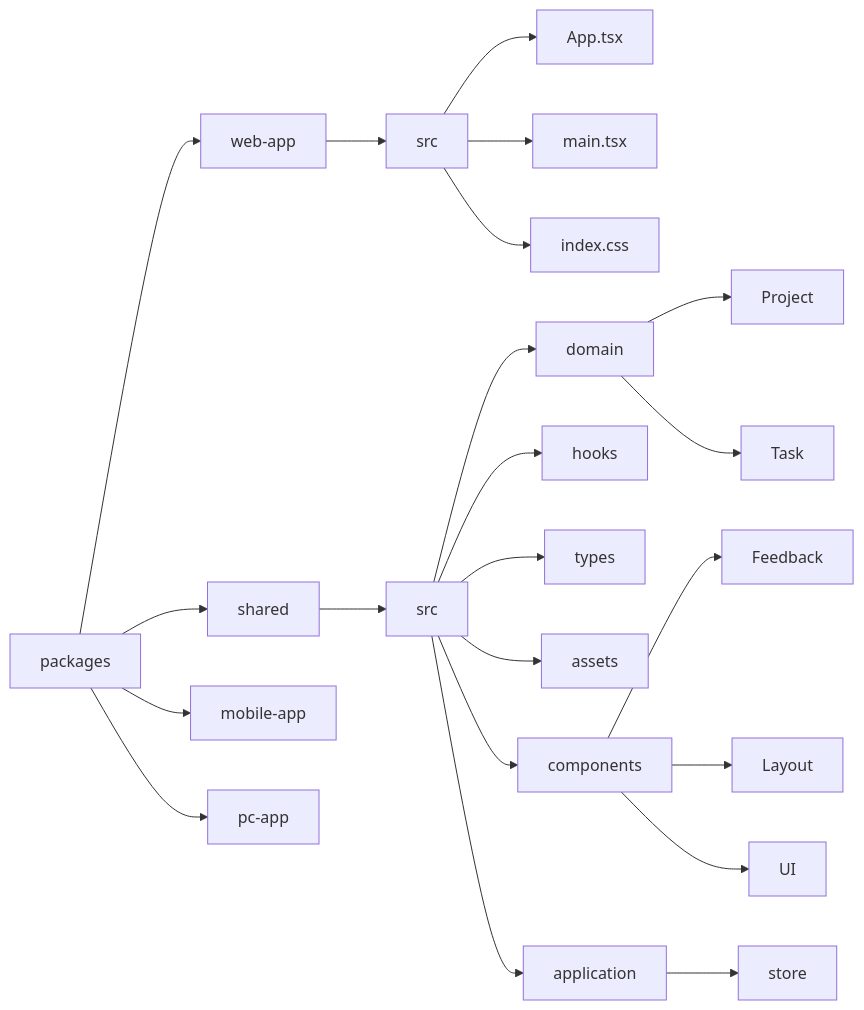
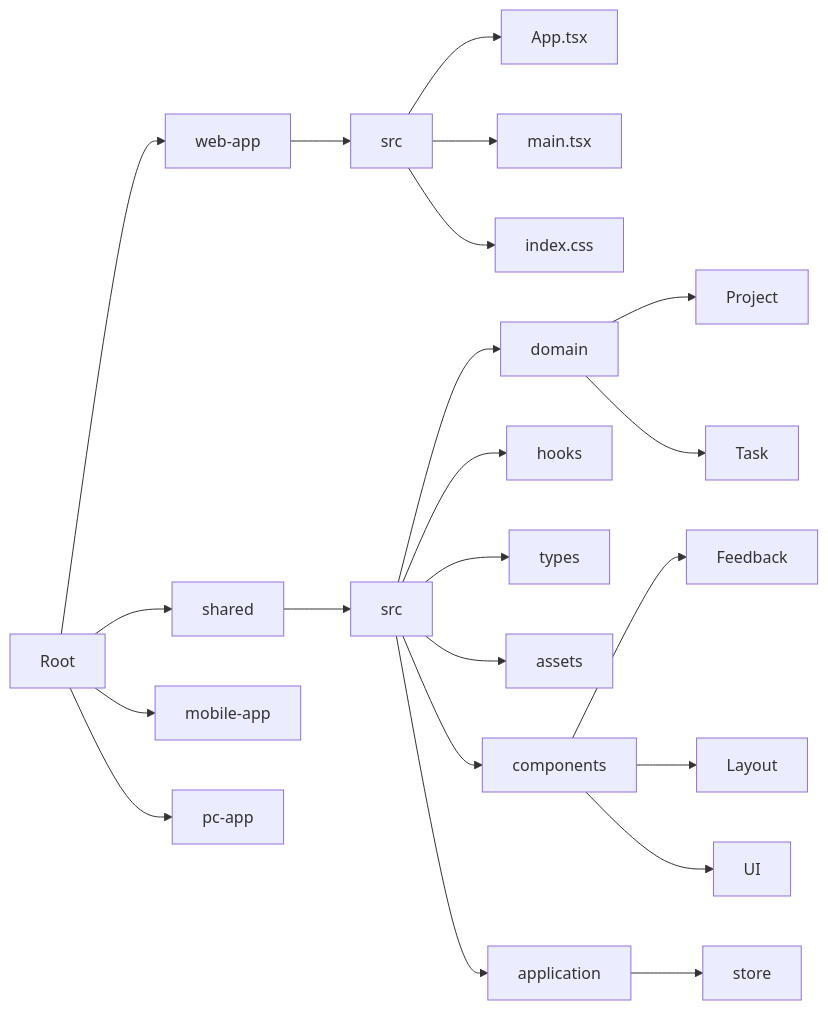
Before and after one commit to ramyo564/git_blog: the fifth of 6 diagrams in _posts/Git_Blog/AiTodo/Frontend/2025-06-24-ai_todo_2_f_react_architecture.md, drawn with Mermaid. The commit also changed other lines of this file and 1 other file, not shown here.

````diff
--- a/_posts/Git_Blog/AiTodo/Frontend/2025-06-24-ai_todo_2_f_react_architecture.md
+++ b/_posts/Git_Blog/AiTodo/Frontend/2025-06-24-ai_todo_2_f_react_architecture.md
@@ -218,41 +219,41 @@
 ```mermaid
 graph LR;
-  A["packages"] 
+  A["Root"] 
   A1["web-app"]
   A2["shared"]
   A3["mobile-app"]
   A4["pc-app"]
 
   A --> A1
   A --> A2
   A --> A3
   A --> A4
 
   %% web-app 내부
   A1 --> A1src["src"]
   A1src --> A1App["App.tsx"]
   A1src --> A1Main["main.tsx"]
   A1src --> A1CSS["index.css"]
 
   %% shared 내부
   A2 --> A2src["src"]
   A2src --> D1["domain"]
   A2src --> D2["hooks"]
   A2src --> D3["types"]
   A2src --> D4["assets"]
   A2src --> D5["components"]
   A2src --> D6["application"]
 
   %% domain 세부
   D1 --> D1P["Project"]
   D1 --> D1T["Task"]
 
   %% components 세부
   D5 --> C1["Feedback"]
   D5 --> C2["Layout"]
   D5 --> C3["UI"]
 
   %% application 세부
   D6 --> S1["store"]
 
 ```
````
